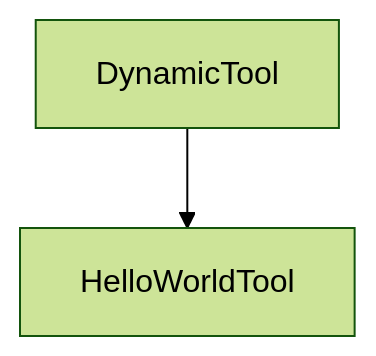
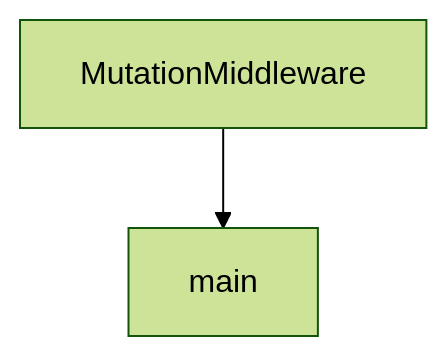
One commit to johnxie/awesome-code-docs changed the diagram in tutorials/mcp-use-tutorial/04-typescript-server-framework-and-ui-widgets.md. Above: the diagram before and after it, drawn with Mermaid (forest theme). The commit also changed other lines of this file and 1232 other files, not shown here.

````diff
--- a/tutorials/mcp-use-tutorial/04-typescript-server-framework-and-ui-widgets.md
+++ b/tutorials/mcp-use-tutorial/04-typescript-server-framework-and-ui-widgets.md
@@ -132,6 +130,6 @@
 ```mermaid
 flowchart TD
-    A[DynamicTool]
-    B[HelloWorldTool]
+    A[MutationMiddleware]
+    B[main]
     A --> B
 ```
````
